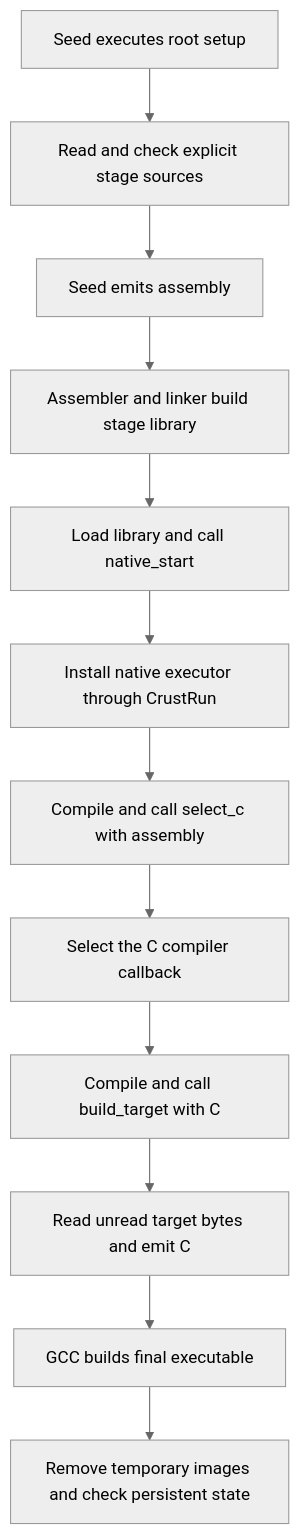
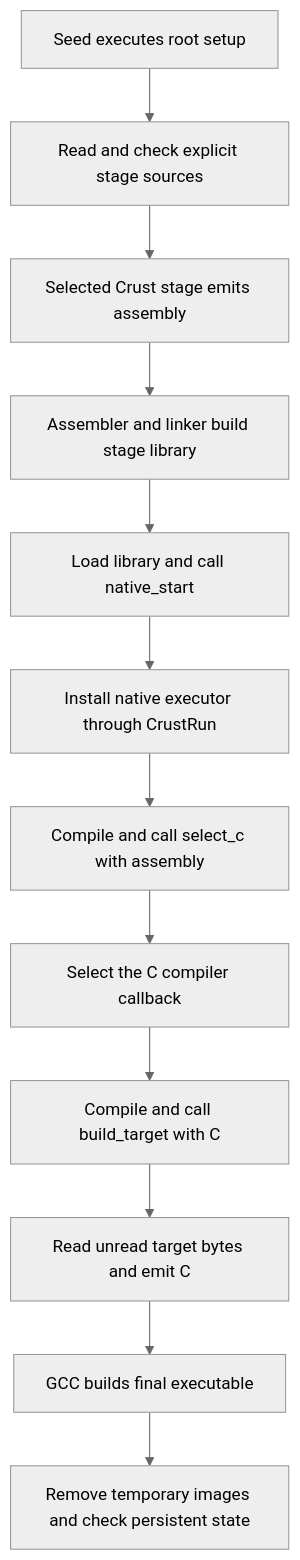
One commit to Hardcode84/9 changed the diagram in stages/native/README.md. Above: the diagram before and after it, drawn with Mermaid (neutral theme). The commit also changed other lines of this file and 36 other files, not shown here.

Commit message:
Move assembly emission into an external Crust stage

````diff
--- a/stages/native/README.md
+++ b/stages/native/README.md
@@ -29,14 +31,14 @@
 ```mermaid
 flowchart TD
     A[Seed executes root setup] --> B[Read and check explicit stage sources]
-    B --> C[Seed emits assembly]
+    B --> C[Selected Crust stage emits assembly]
     C --> D[Assembler and linker build stage library]
     D --> E[Load library and call native_start]
     E --> F[Install native executor through CrustRun]
     F --> G[Compile and call select_c with assembly]
     G --> H[Select the C compiler callback]
     H --> I[Compile and call build_target with C]
     I --> J[Read unread target bytes and emit C]
     J --> K[GCC builds final executable]
     K --> L[Remove temporary images and check persistent state]
 ```
````
